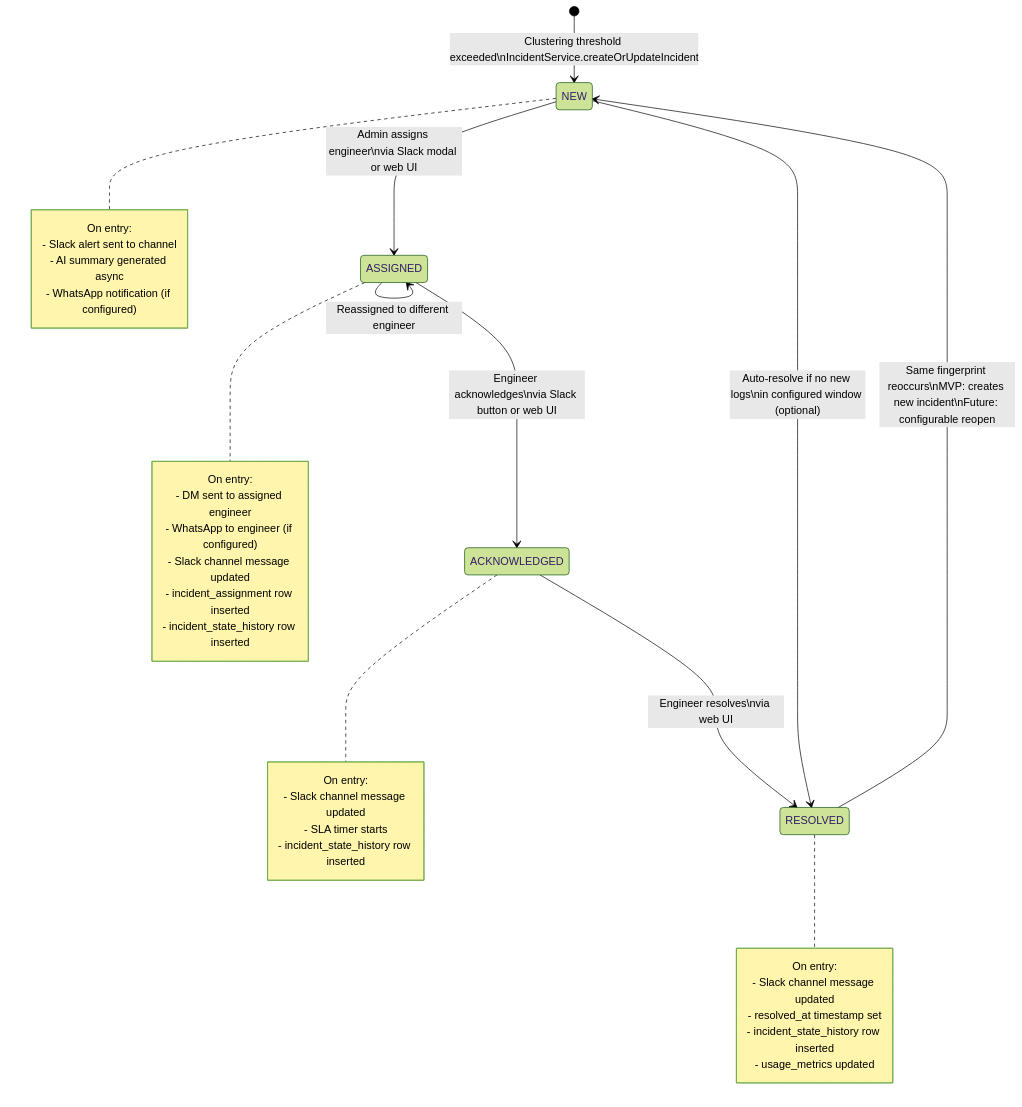
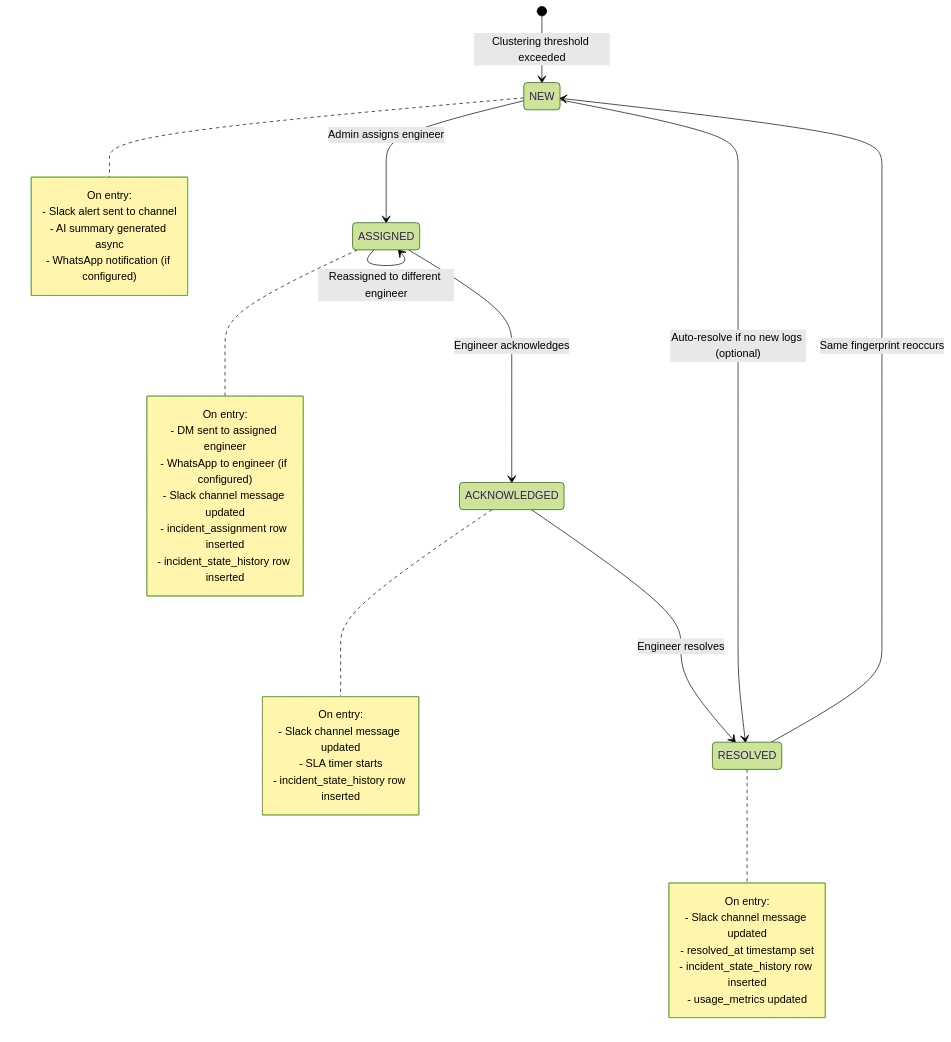
One commit to ashmitjsg/log0-website changed the third of 7 diagrams in content/docs/architecture/flow-diagrams.mdx. Above: the diagram before and after it, drawn with Mermaid (forest theme). The commit also changed other lines of this file and 3 other files, not shown here.

````diff
--- a/content/docs/architecture/flow-diagrams.mdx
+++ b/content/docs/architecture/flow-diagrams.mdx
@@ -208,47 +208,47 @@
 ```mermaid
 stateDiagram-v2
-    [*] --> NEW : Clustering threshold exceeded\nIncidentService.createOrUpdateIncident
+    [*] --> NEW : Clustering threshold exceeded
 
-    NEW --> ASSIGNED : Admin assigns engineer\nvia Slack modal or web UI
+    NEW --> ASSIGNED : Admin assigns engineer
 
-    ASSIGNED --> ACKNOWLEDGED : Engineer acknowledges\nvia Slack button or web UI
+    ASSIGNED --> ACKNOWLEDGED : Engineer acknowledges
 
-    ACKNOWLEDGED --> RESOLVED : Engineer resolves\nvia web UI
+    ACKNOWLEDGED --> RESOLVED : Engineer resolves
 
-    RESOLVED --> NEW : Same fingerprint reoccurs\nMVP: creates new incident\nFuture: configurable reopen
+    RESOLVED --> NEW : Same fingerprint reoccurs
 
     ASSIGNED --> ASSIGNED : Reassigned to different engineer
 
-    NEW --> RESOLVED : Auto-resolve if no new logs\nin configured window (optional)
+    NEW --> RESOLVED : Auto-resolve if no new logs (optional)
 
     note right of NEW
         On entry:
         - Slack alert sent to channel
         - AI summary generated async
         - WhatsApp notification (if configured)
     end note
 
     note right of ASSIGNED
         On entry:
         - DM sent to assigned engineer
         - WhatsApp to engineer (if configured)
         - Slack channel message updated
         - incident_assignment row inserted
         - incident_state_history row inserted
     end note
 
     note right of ACKNOWLEDGED
         On entry:
         - Slack channel message updated
         - SLA timer starts
         - incident_state_history row inserted
     end note
 
     note right of RESOLVED
         On entry:
         - Slack channel message updated
         - resolved_at timestamp set
         - incident_state_history row inserted
         - usage_metrics updated
     end note
 ```
````
